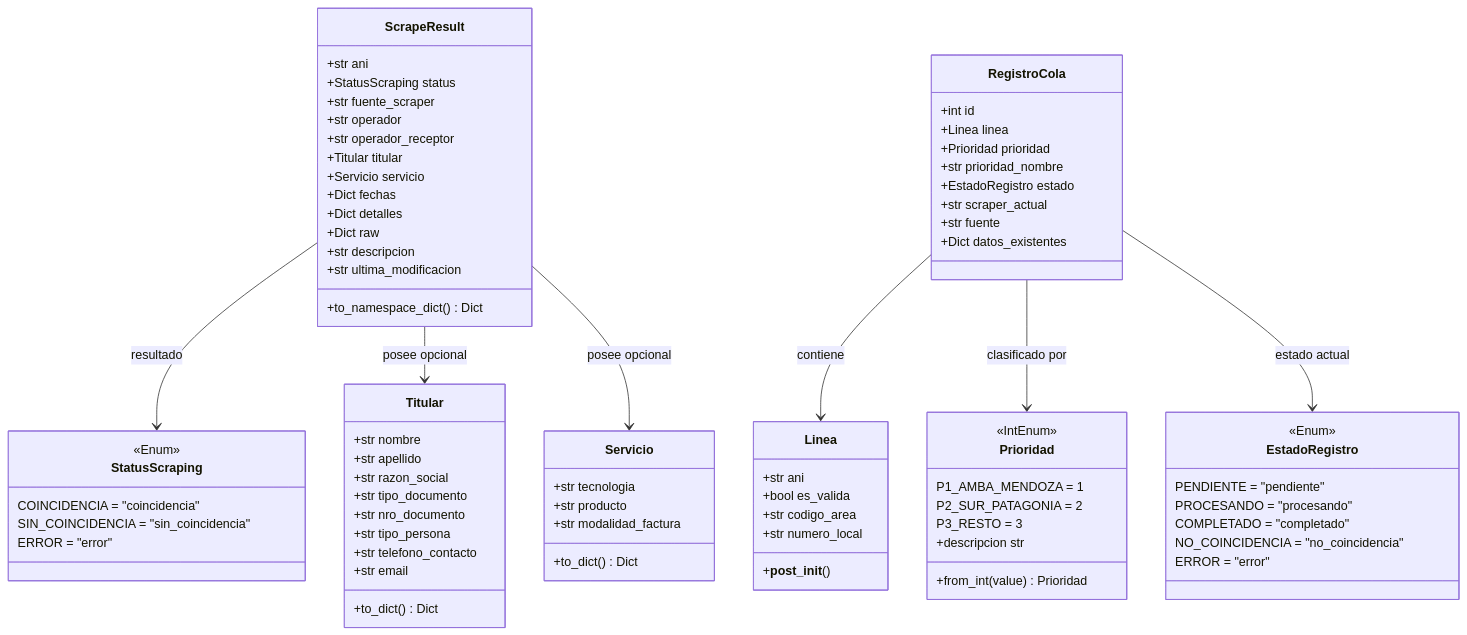
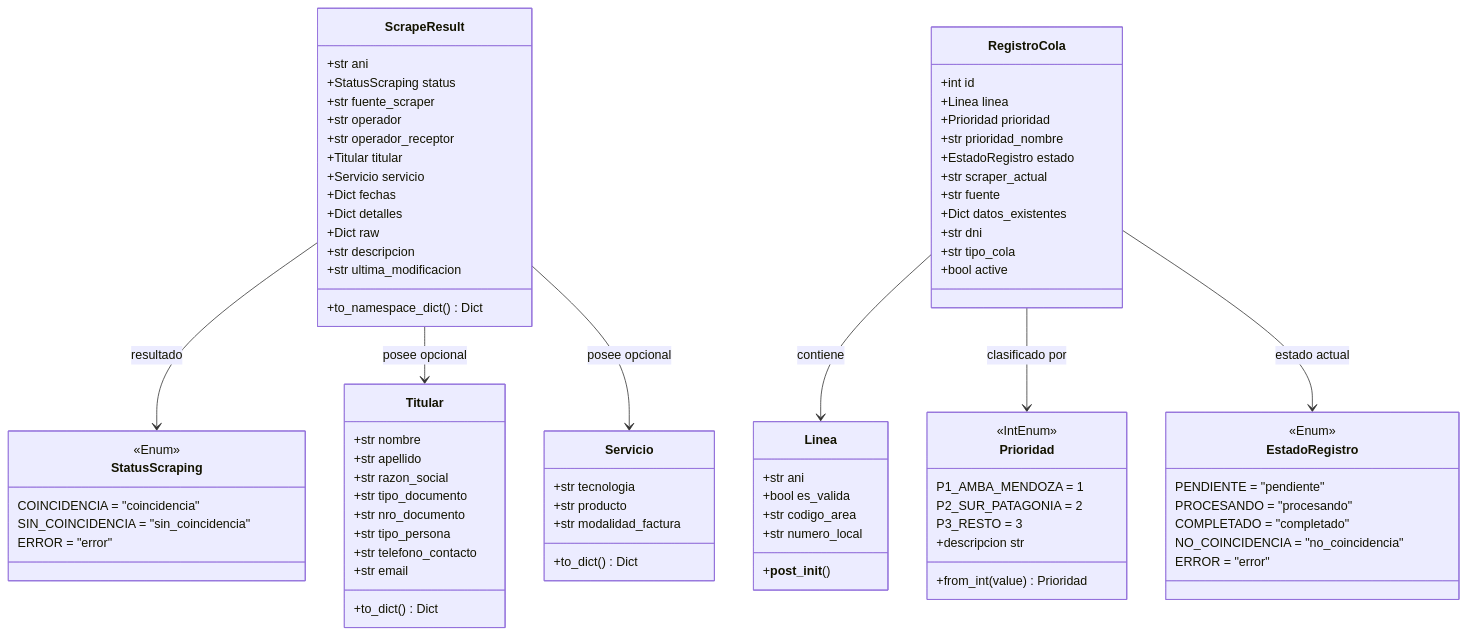
Before and after one commit to CofradiaGS/scrapers-reg-no-llame: the diagram in docs/02_dominio_y_casos_de_uso/entidades_y_value_objects.md, drawn with Mermaid. The commit also changed other lines of this file and 13 other files, not shown here.

```diff
--- a/docs/02_dominio_y_casos_de_uso/entidades_y_value_objects.md
+++ b/docs/02_dominio_y_casos_de_uso/entidades_y_value_objects.md
@@ -318,6 +330,9 @@
         +str scraper_actual
         +str fuente
         +Dict datos_existentes
+        +str dni
+        +str tipo_cola
+        +bool active
     }
 
     class Prioridad {
```
